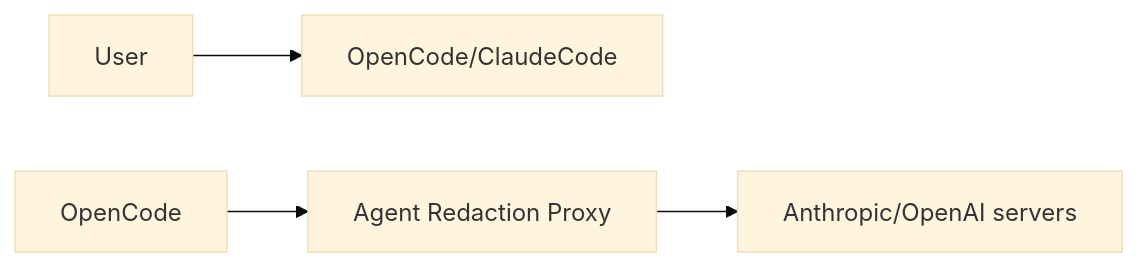
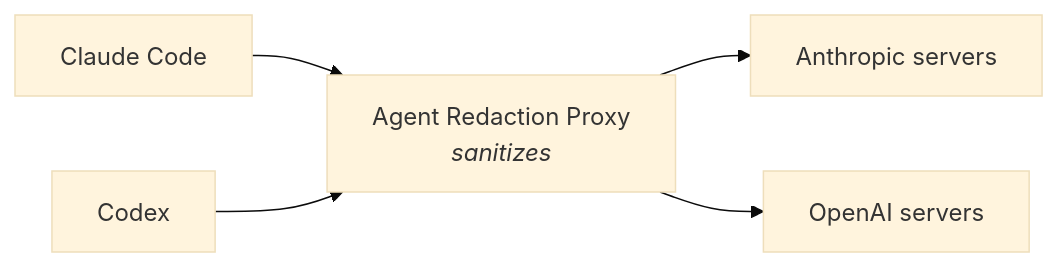
One commit to hamza-cskn/AgentRedactionProxy changed the diagram in README.md. Above: the diagram before and after it, drawn with Mermaid (base theme).

````diff
--- a/README.md
+++ b/README.md
@@ -7,6 +7,9 @@
 ```mermaid
 flowchart LR
-    User["User"] --> Interface["OpenCode/ClaudeCode"]
-    OpenCode --> Proxy["Agent Redaction Proxy"]
-    Proxy --> Vendor["Anthropic/OpenAI servers"]
+    Interface["Claude Code"] --> Proxy["Agent Redaction Proxy"]
+    Proxy --> Vendor["Anthropic servers"]
+    Interface2["Codex"] --> Proxy["`Agent Redaction Proxy
+    *sanitizes*
+`"]
+    Proxy --> Vendor2["OpenAI servers"]
 ```
````
